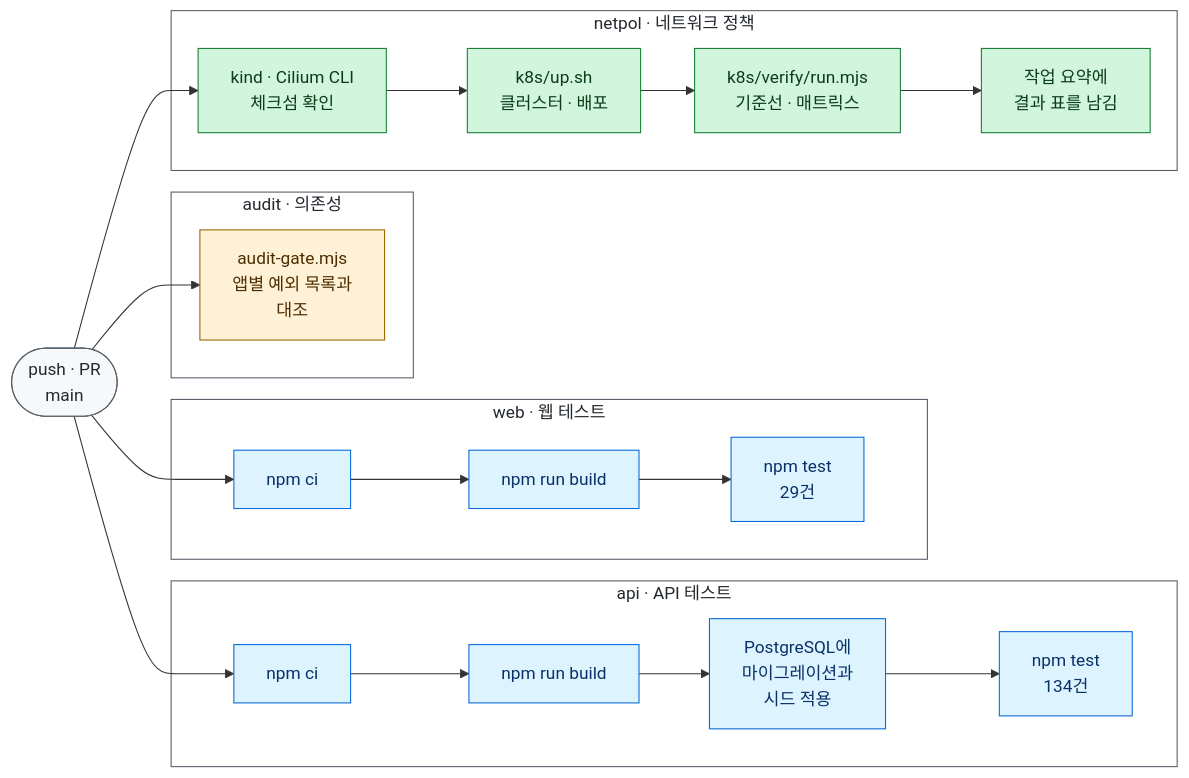
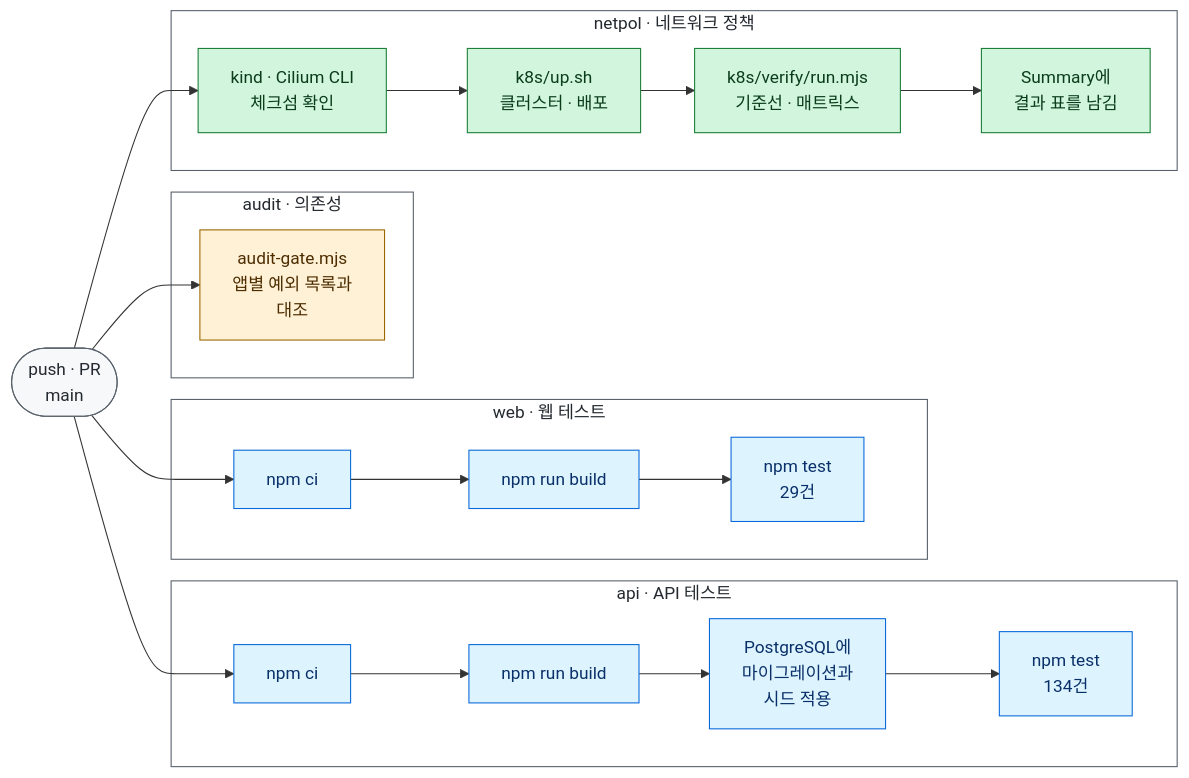
Before and after one commit to loquemedalagana/secure-enroll-demo: the diagram in docs/ci-hardening.md, drawn with Mermaid. The commit also changed other lines of this file, not shown here.

Commit message:
docs: ci-hardening.md의 '작업 요약'을 'Summary'로 맞춤

````diff
--- a/docs/ci-hardening.md
+++ b/docs/ci-hardening.md
@@ -14,35 +14,35 @@
 ```mermaid
 flowchart LR
   trig(["push · PR<br/>main"])
 
   subgraph web["web · 웹 테스트"]
     t1["npm ci"] --> t2["npm run build"] --> t3["npm test<br/>29건"]
   end
   subgraph api["api · API 테스트"]
     p1["npm ci"] --> p2["npm run build"] --> p3["PostgreSQL에<br/>마이그레이션과<br/>시드 적용"] --> p4["npm test<br/>134건"]
   end
   subgraph audit["audit · 의존성"]
     a1["audit-gate.mjs<br/>앱별 예외 목록과<br/>대조"]
   end
   subgraph netpol["netpol · 네트워크 정책"]
-    n1["kind · Cilium CLI<br/>체크섬 확인"] --> n2["k8s/up.sh<br/>클러스터 · 배포"] --> n3["k8s/verify/run.mjs<br/>기준선 · 매트릭스"] --> n4["작업 요약에<br/>결과 표를 남김"]
+    n1["kind · Cilium CLI<br/>체크섬 확인"] --> n2["k8s/up.sh<br/>클러스터 · 배포"] --> n3["k8s/verify/run.mjs<br/>기준선 · 매트릭스"] --> n4["Summary에<br/>결과 표를 남김"]
   end
 
   trig --> t1
   trig --> p1
   trig --> a1
   trig --> n1
 
   classDef app fill:#ddf4ff,stroke:#0969da,color:#0a3069
   classDef supply fill:#fff1d6,stroke:#9a6700,color:#4d2d00
   classDef net fill:#d1f5dd,stroke:#1a7f37,color:#0b3d1b
   classDef neutral fill:#f6f8fa,stroke:#57606a,color:#24292f
   class t1,t2,t3,p1,p2,p3,p4 app
   class a1 supply
   class n1,n2,n3,n4 net
   class trig neutral
   style web fill:#ffffff,stroke:#57606a,color:#24292f
   style api fill:#ffffff,stroke:#57606a,color:#24292f
   style audit fill:#ffffff,stroke:#57606a,color:#24292f
   style netpol fill:#ffffff,stroke:#57606a,color:#24292f
 ```
````
